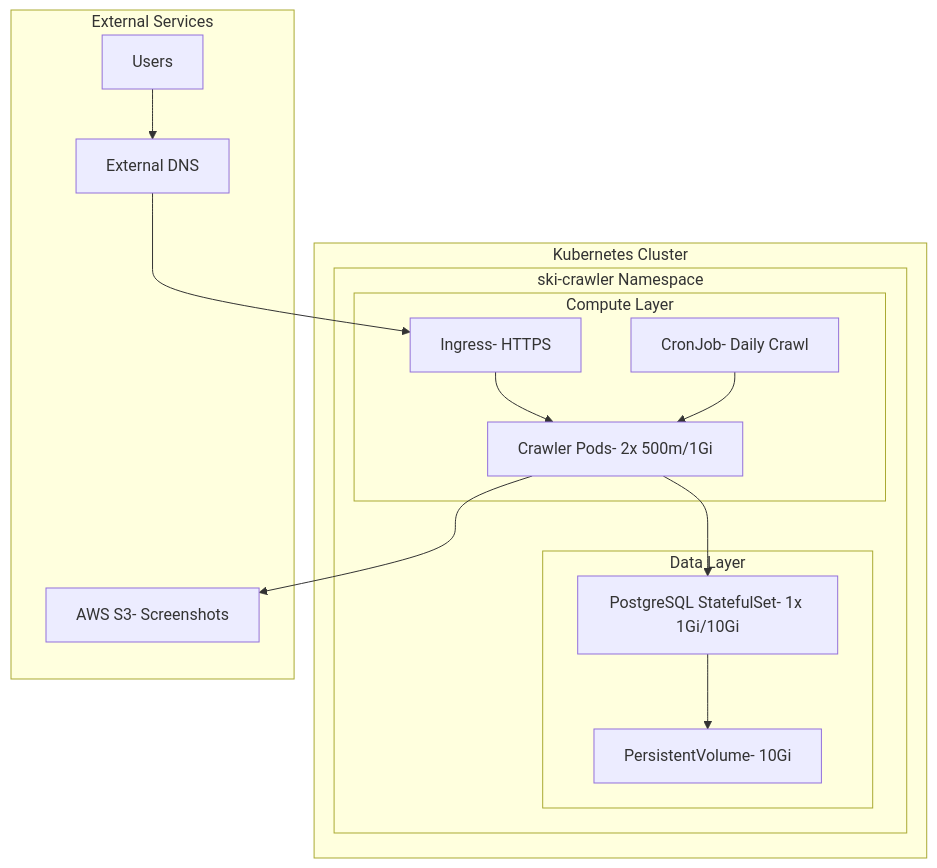
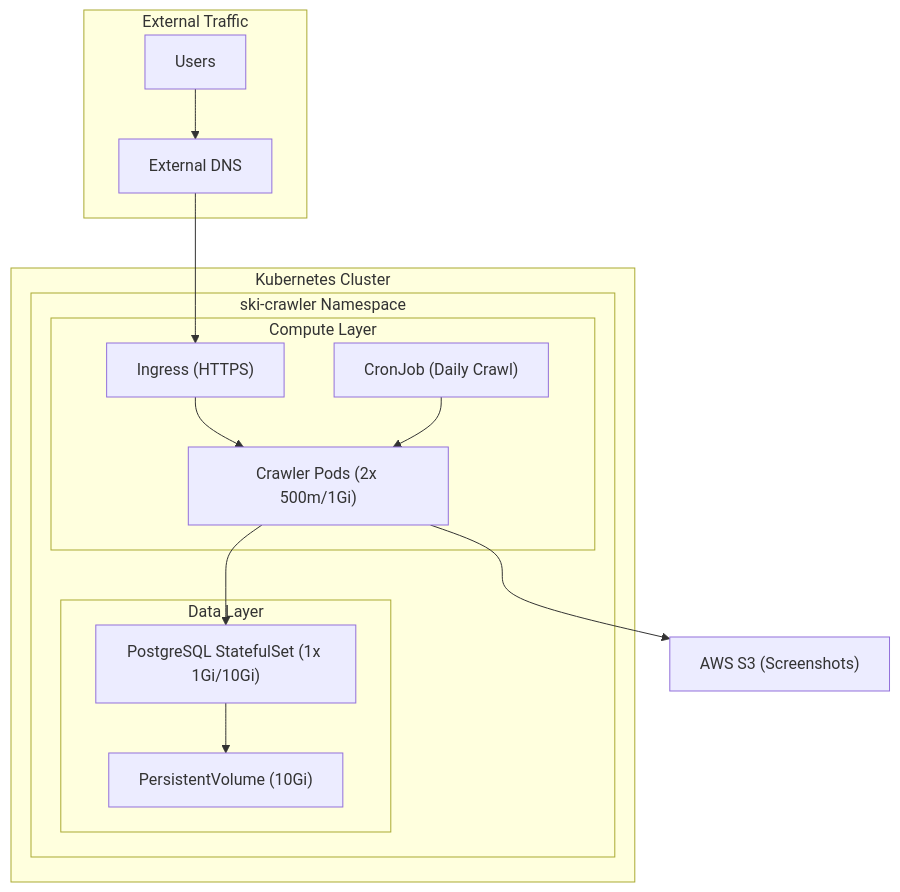
Before and after one commit to yungjakey/ski-crawler: the diagram in k8s.md, drawn with Mermaid.

````diff
--- a/k8s.md
+++ b/k8s.md
@@ -3,31 +3,32 @@
 ```mermaid
 flowchart TB
+
+    subgraph "External Traffic"
+        DNS["External DNS"]
+        Users["Users"]
+    end
+
     subgraph "Kubernetes Cluster"
         subgraph "ski-crawler Namespace"
             subgraph "Compute Layer"
-                ING["Ingress- HTTPS"]
-                POD["Crawler Pods- 2x 500m/1Gi"]
-                CJ["CronJob- Daily Crawl"]
+                ING["Ingress (HTTPS)"]
+                POD["Crawler Pods (2x 500m/1Gi)"]
+                CJ["CronJob (Daily Crawl)"]
             end
 
             subgraph "Data Layer"
-                PG["PostgreSQL StatefulSet- 1x 1Gi/10Gi"]
-                PVC["PersistentVolume- 10Gi"]
+                PG["PostgreSQL StatefulSet (1x 1Gi/10Gi)"]
+                PVC["PersistentVolume (10Gi)"]
             end
         end
     end
 
-    subgraph "External Services"
-        S3["AWS S3- Screenshots"]
-        DNS["External DNS"]
-        Users["Users"]
-    end
 
     Users --> DNS
     DNS --> ING
     ING --> POD
     CJ --> POD
     POD --> PG
-    POD --> S3
+    POD --> S3["AWS S3 (Screenshots)"]
     PG --> PVC
 ```
````
